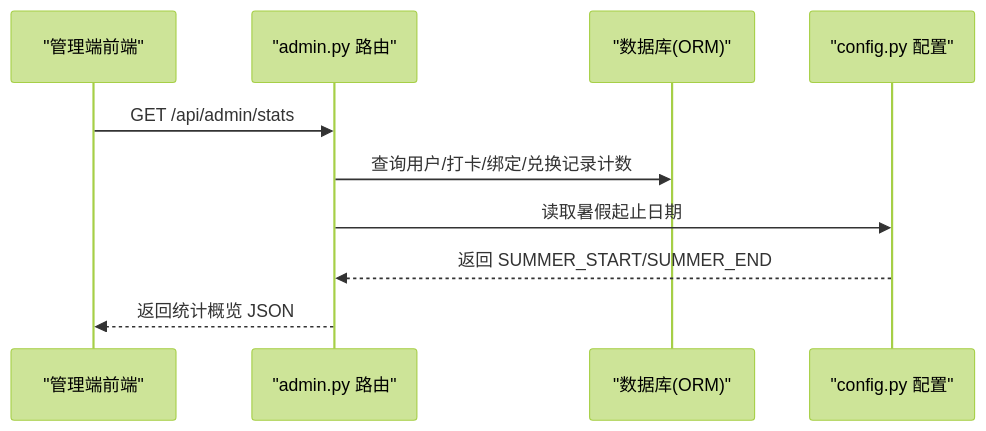
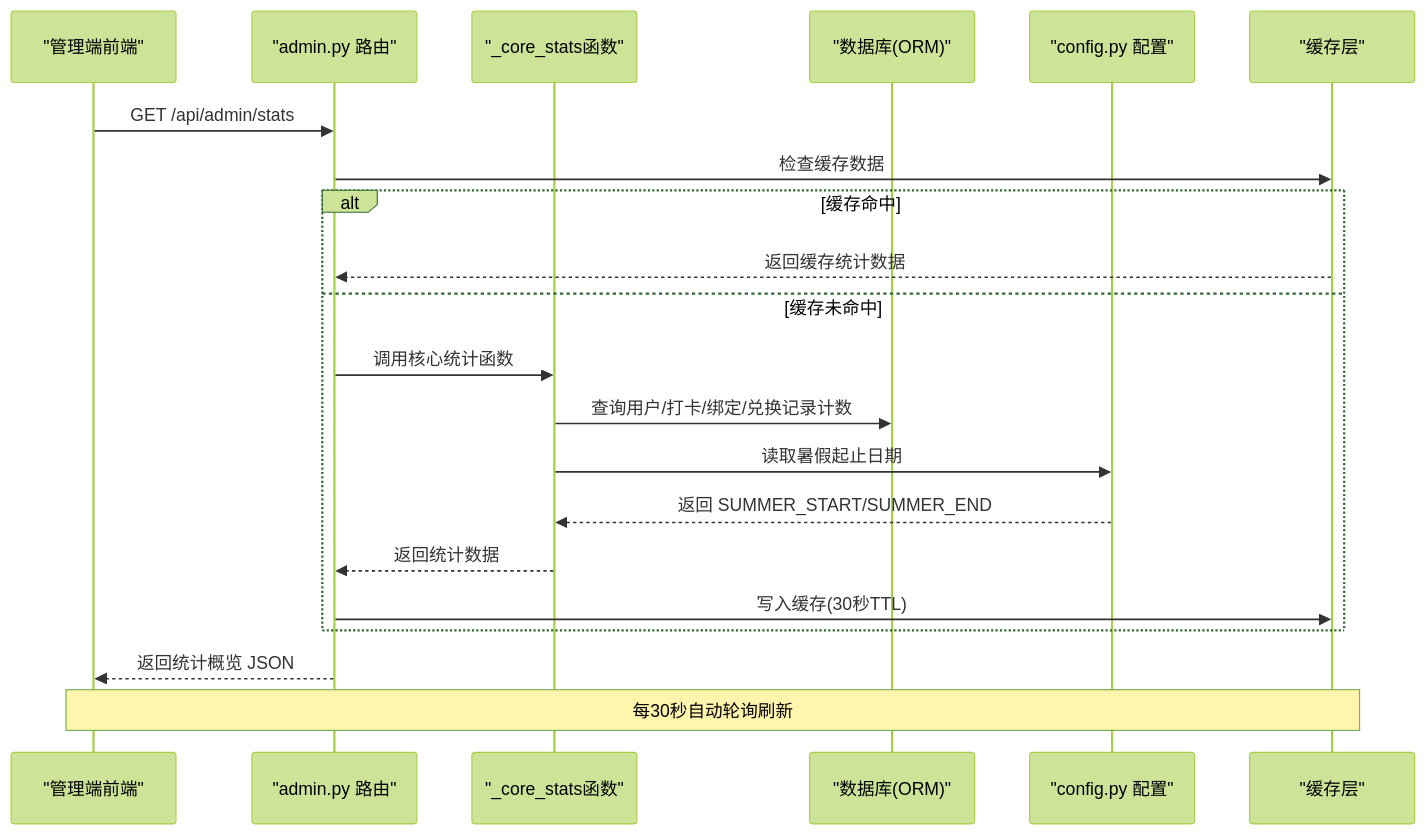
Before and after one commit to onebody/homework: the second of 3 diagrams in .qoder/repowiki/zh/content/API接口文档/管理后台接口/数据统计接口.md, drawn with Mermaid (forest theme). The commit also changed other lines of this file and 15 other files, not shown here.

````diff
--- a/.qoder/repowiki/zh/content/API接口文档/管理后台接口/数据统计接口.md
+++ b/.qoder/repowiki/zh/content/API接口文档/管理后台接口/数据统计接口.md
@@ -74,12 +89,23 @@
 ```mermaid
 sequenceDiagram
 participant Client as "管理端前端"
 participant Router as "admin.py 路由"
+participant CoreStats as "_core_stats函数"
 participant DB as "数据库(ORM)"
 participant Config as "config.py 配置"
+participant Cache as "缓存层"
 Client->>Router : GET /api/admin/stats
-Router->>DB : 查询用户/打卡/绑定/兑换记录计数
-Router->>Config : 读取暑假起止日期
-Config-->>Router : 返回 SUMMER_START/SUMMER_END
+Router->>Cache : 检查缓存数据
+alt 缓存命中
+Cache-->>Router : 返回缓存统计数据
+else 缓存未命中
+Router->>CoreStats : 调用核心统计函数
+CoreStats->>DB : 查询用户/打卡/绑定/兑换记录计数
+CoreStats->>Config : 读取暑假起止日期
+Config-->>CoreStats : 返回 SUMMER_START/SUMMER_END
+CoreStats-->>Router : 返回统计数据
+Router->>Cache : 写入缓存(30秒TTL)
+end
 Router-->>Client : 返回统计概览 JSON
+Note over Client,Cache : 每30秒自动轮询刷新
 ```
````
